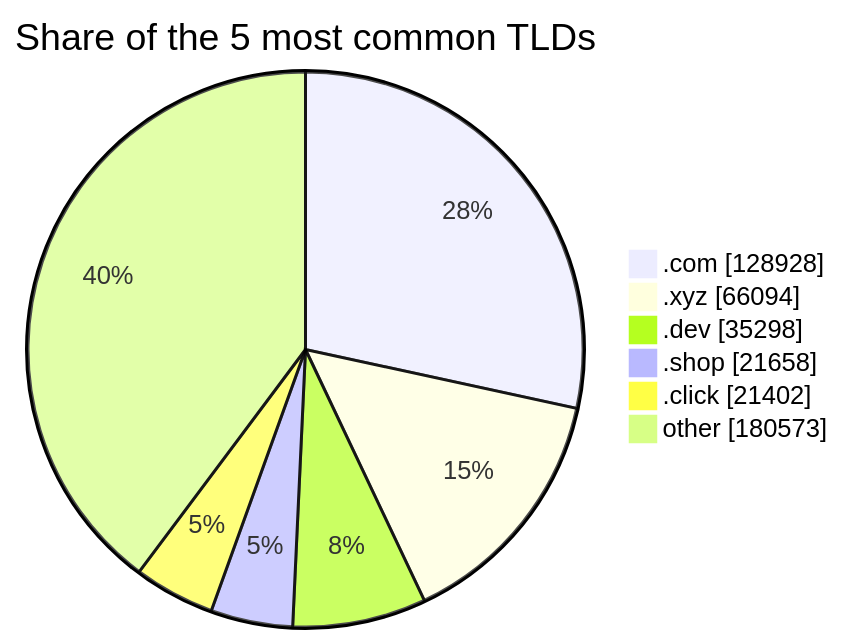
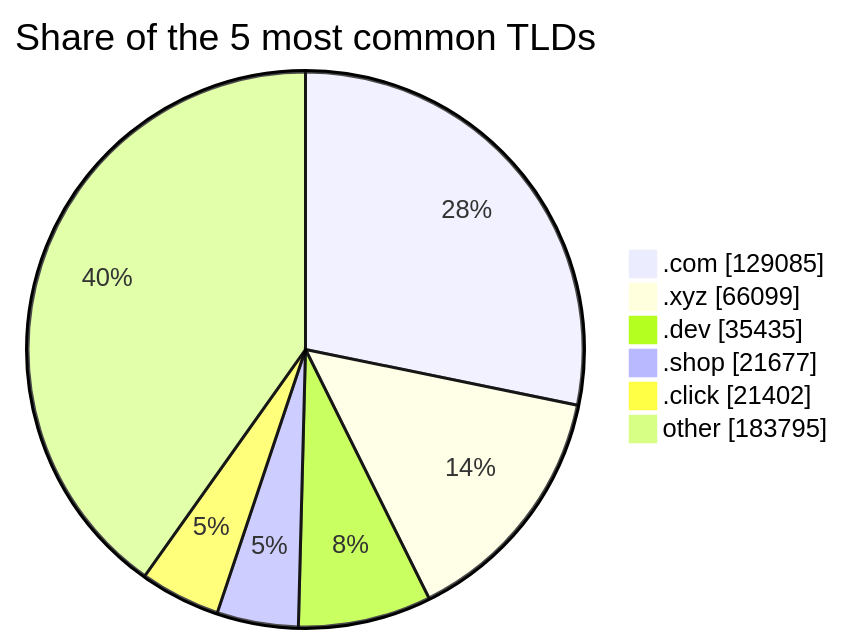
One commit to DNSBunker/CTI changed the third of 3 diagrams in README.md. Above: the diagram before and after it, drawn with Mermaid. The commit also changed other lines of this file and 3 other files, not shown here.

````diff
--- a/README.md
+++ b/README.md
@@ -81,9 +81,9 @@
 ```mermaid
 pie showData title Share of the 5 most common TLDs
-    ".com" : 128928
-    ".xyz" : 66094
-    ".dev" : 35298
-    ".shop" : 21658
+    ".com" : 129085
+    ".xyz" : 66099
+    ".dev" : 35435
+    ".shop" : 21677
     ".click" : 21402
-    "other" : 180573
+    "other" : 183795
 ```
````
